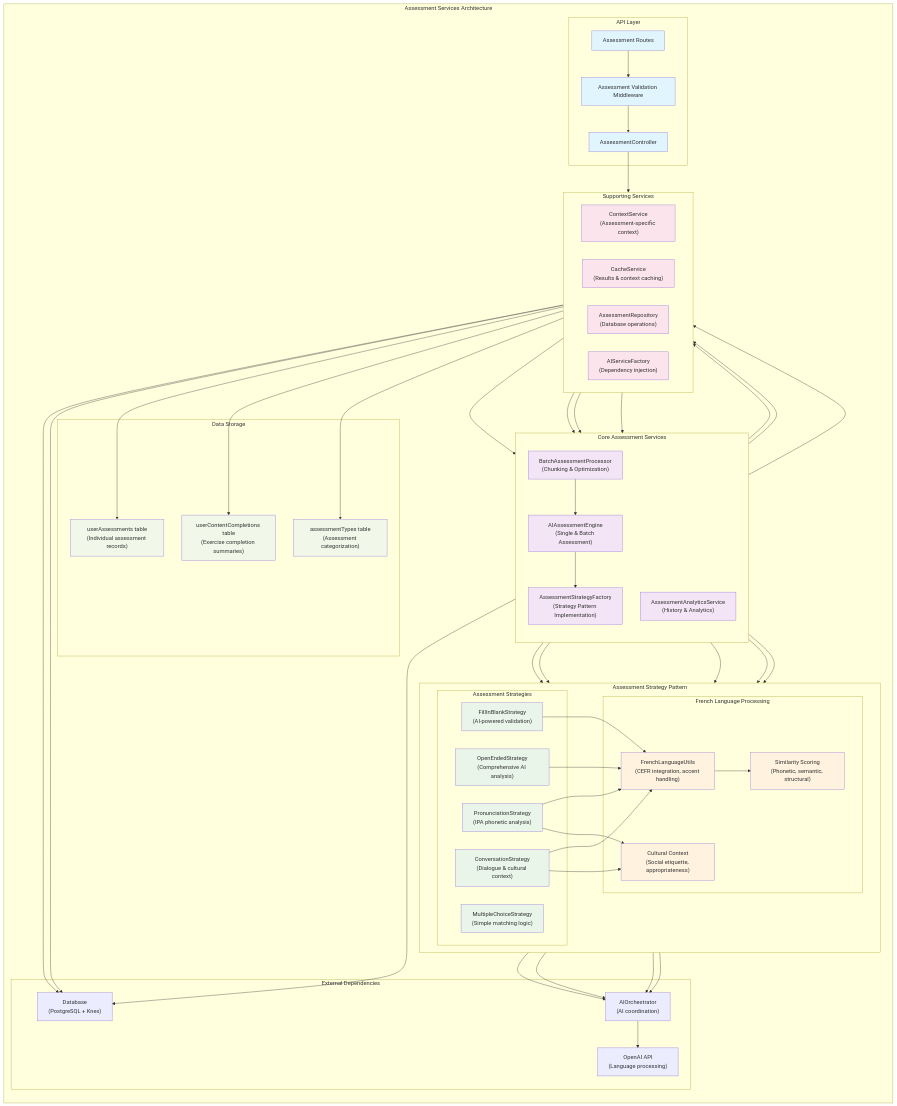
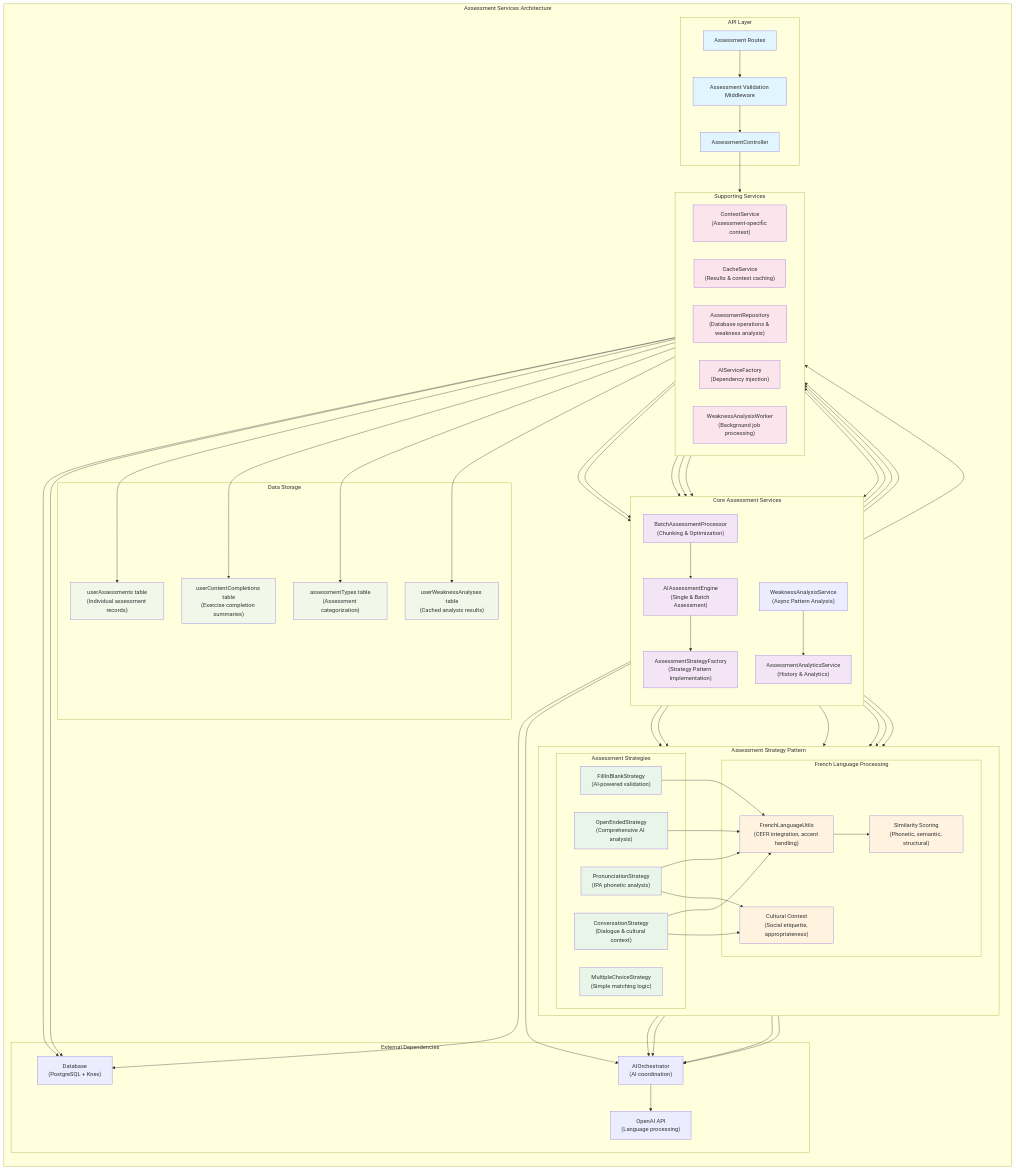
The diagram in docs/development_docs/architecture/assessment-services.mermaid (niklas-joh/french-learning-platform), drawn with Mermaid before and after one commit. The commit also changed 5 other files, not shown here.

First line of the commit message:
docs(architecture): update documentation for async weakness analysis worker (Task 3.1.C.7)

```diff
--- a/docs/development_docs/architecture/assessment-services.mermaid
+++ b/docs/development_docs/architecture/assessment-services.mermaid
@@ -1,120 +1,132 @@
 graph TB
     subgraph "Assessment Services Architecture"
         direction TB
         
         subgraph "API Layer"
             AssessmentController["AssessmentController"]
             AssessmentRoutes["Assessment Routes"]
             ValidationMiddleware["Assessment Validation Middleware"]
         end
 
         subgraph "Core Assessment Services"
             direction TB
             AIAssessmentEngine["AIAssessmentEngine<br/>(Single & Batch Assessment)"]
             BatchAssessmentProcessor["BatchAssessmentProcessor<br/>(Chunking & Optimization)"]
             AssessmentAnalyticsService["AssessmentAnalyticsService<br/>(History & Analytics)"]
             AssessmentStrategyFactory["AssessmentStrategyFactory<br/>(Strategy Pattern Implementation)"]
+            WeaknessAnalysisService["WeaknessAnalysisService<br/>(Async Pattern Analysis)"]
         end
 
         subgraph "Assessment Strategy Pattern"
             direction LR
             
             subgraph "Assessment Strategies"
                 MultipleChoiceStrategy["MultipleChoiceStrategy<br/>(Simple matching logic)"]
                 FillInBlankStrategy["FillInBlankStrategy<br/>(AI-powered validation)"]
                 OpenEndedStrategy["OpenEndedStrategy<br/>(Comprehensive AI analysis)"]
                 PronunciationStrategy["PronunciationStrategy<br/>(IPA phonetic analysis)"]
                 ConversationStrategy["ConversationStrategy<br/>(Dialogue & cultural context)"]
             end
 
             subgraph "French Language Processing"
                 FrenchLanguageUtils["FrenchLanguageUtils<br/>(CEFR integration, accent handling)"]
                 SimilarityScoring["Similarity Scoring<br/>(Phonetic, semantic, structural)"]
                 CulturalContext["Cultural Context<br/>(Social etiquette, appropriateness)"]
             end
         end
 
         subgraph "Supporting Services"
             direction LR
             ContextService["ContextService<br/>(Assessment-specific context)"]
             CacheService["CacheService<br/>(Results & context caching)"]
-            AssessmentRepository["AssessmentRepository<br/>(Database operations)"]
+            AssessmentRepository["AssessmentRepository<br/>(Database operations & weakness analysis)"]
             ServiceFactory["AIServiceFactory<br/>(Dependency injection)"]
+            WeaknessAnalysisWorker["WeaknessAnalysisWorker<br/>(Background job processing)"]
         end
 
         subgraph "Data Storage"
             UserAssessments["userAssessments table<br/>(Individual assessment records)"]
             UserContentCompletions["userContentCompletions table<br/>(Exercise completion summaries)"]
             AssessmentTypes["assessmentTypes table<br/>(Assessment categorization)"]
+            UserWeaknessAnalyses["userWeaknessAnalyses table<br/>(Cached analysis results)"]
         end
 
         subgraph "External Dependencies"
             AIOrchestrator["AIOrchestrator<br/>(AI coordination)"]
             OpenAI["OpenAI API<br/>(Language processing)"]
             Database["Database<br/>(PostgreSQL + Knex)"]
         end
 
         %% API Layer connections
         AssessmentRoutes --> ValidationMiddleware
         ValidationMiddleware --> AssessmentController
         AssessmentController --> ServiceFactory
 
         %% Core Service connections
         ServiceFactory --> AIAssessmentEngine
         ServiceFactory --> BatchAssessmentProcessor
         ServiceFactory --> AssessmentAnalyticsService
         ServiceFactory --> AssessmentStrategyFactory
+        ServiceFactory --> WeaknessAnalysisService
 
         AIAssessmentEngine --> AssessmentStrategyFactory
         AIAssessmentEngine --> CacheService
         AIAssessmentEngine --> ContextService
 
         BatchAssessmentProcessor --> AIAssessmentEngine
         AssessmentAnalyticsService --> AssessmentRepository
         AssessmentAnalyticsService --> Database
 
         %% Strategy Pattern connections
         AssessmentStrategyFactory --> MultipleChoiceStrategy
         AssessmentStrategyFactory --> FillInBlankStrategy
         AssessmentStrategyFactory --> OpenEndedStrategy
         AssessmentStrategyFactory --> PronunciationStrategy
         AssessmentStrategyFactory --> ConversationStrategy
 
         %% French Language Processing
         FillInBlankStrategy --> FrenchLanguageUtils
         OpenEndedStrategy --> FrenchLanguageUtils
         PronunciationStrategy --> FrenchLanguageUtils
         ConversationStrategy --> FrenchLanguageUtils
 
         FrenchLanguageUtils --> SimilarityScoring
         ConversationStrategy --> CulturalContext
         PronunciationStrategy --> CulturalContext
 
         %% External Service connections
         OpenEndedStrategy --> AIOrchestrator
         PronunciationStrategy --> AIOrchestrator
         ConversationStrategy --> AIOrchestrator
         FillInBlankStrategy --> AIOrchestrator
 
         AIOrchestrator --> OpenAI
         ContextService --> Database
         CacheService --> Database
         AssessmentRepository --> UserAssessments
         AssessmentRepository --> UserContentCompletions
         AssessmentRepository --> AssessmentTypes
+        AssessmentRepository --> UserWeaknessAnalyses
+        
+        %% Weakness Analysis Worker connections
+        WeaknessAnalysisWorker --> WeaknessAnalysisService
+        WeaknessAnalysisService --> AssessmentRepository
+        WeaknessAnalysisService --> AssessmentAnalyticsService
+        WeaknessAnalysisService --> FrenchLanguageUtils
+        WeaknessAnalysisService --> AIOrchestrator
 
         %% Data flow annotations
         classDef apiLayer fill:#e1f5fe
         classDef coreService fill:#f3e5f5
         classDef strategy fill:#e8f5e8
         classDef language fill:#fff3e0
         classDef supporting fill:#fce4ec
         classDef data fill:#f1f8e9
 
         class AssessmentController,AssessmentRoutes,ValidationMiddleware apiLayer
         class AIAssessmentEngine,BatchAssessmentProcessor,AssessmentAnalyticsService,AssessmentStrategyFactory coreService
         class MultipleChoiceStrategy,FillInBlankStrategy,OpenEndedStrategy,PronunciationStrategy,ConversationStrategy strategy
         class FrenchLanguageUtils,SimilarityScoring,CulturalContext language
-        class ContextService,CacheService,AssessmentRepository,ServiceFactory supporting
-        class UserAssessments,UserContentCompletions,AssessmentTypes data
+        class ContextService,CacheService,AssessmentRepository,ServiceFactory,WeaknessAnalysisWorker supporting
+        class UserAssessments,UserContentCompletions,AssessmentTypes,UserWeaknessAnalyses data
 end
```
